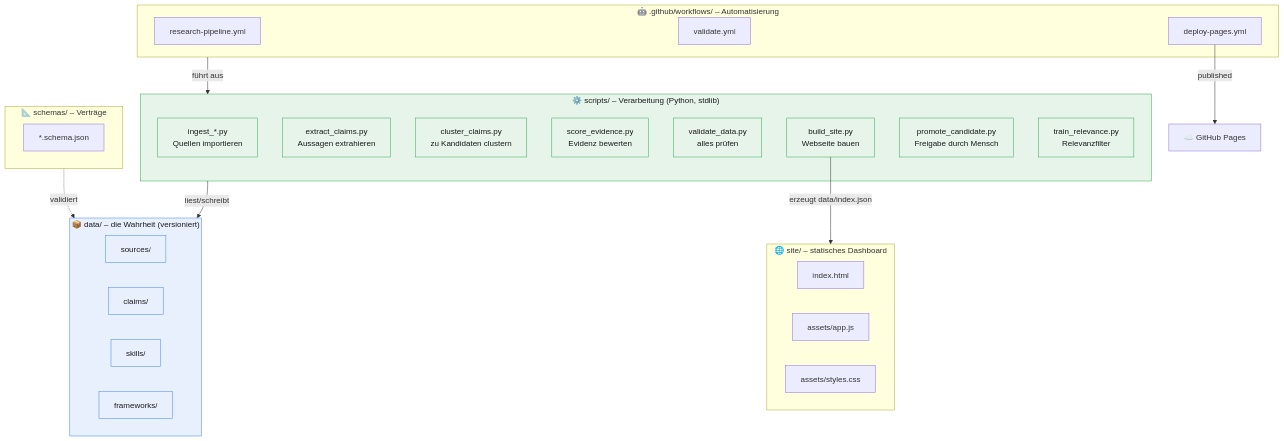
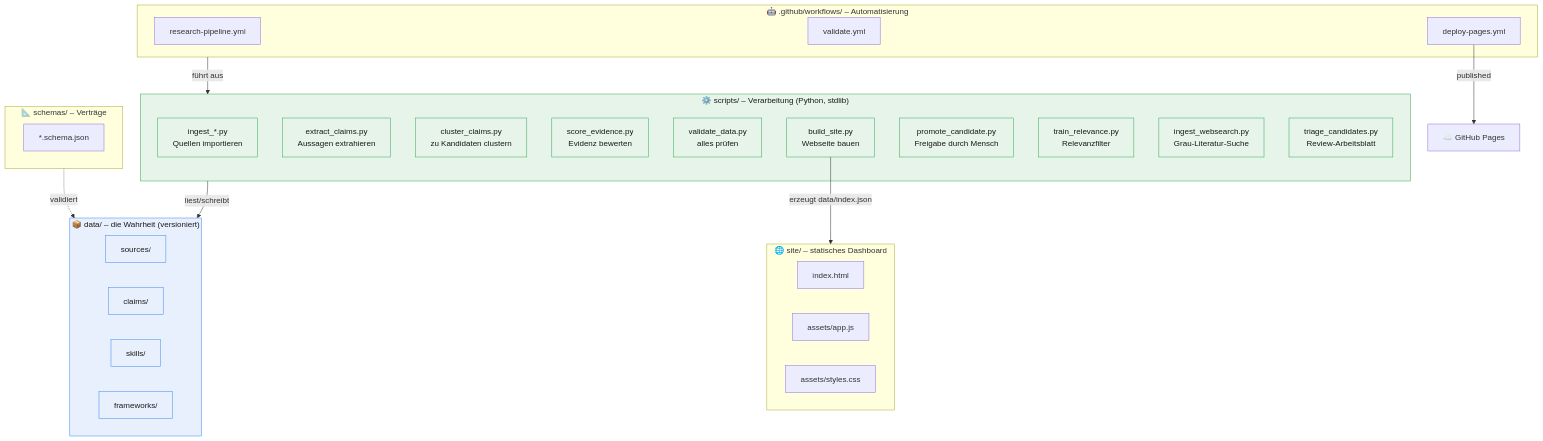
The second of 7 diagrams in docs/architektur.md (malkreide/future-skills-evidence-graph), drawn with Mermaid before and after one commit. The commit also changed other lines of this file and 1 other file, not shown here.

First line of the commit message:
docs: Architektur-Seite auf Web-Suche + Triage nachziehen

````diff
--- a/docs/architektur.md
+++ b/docs/architektur.md
@@ -68,47 +68,49 @@
 ```mermaid
 graph TB
     subgraph DATA["📦 data/ – die Wahrheit (versioniert)"]
         D1[sources/]
         D2[claims/]
         D3[skills/]
         D4[frameworks/]
     end
 
     subgraph SCHEMA["📐 schemas/ – Verträge"]
         S1[*.schema.json]
     end
 
     subgraph SCRIPTS["⚙️ scripts/ – Verarbeitung (Python, stdlib)"]
         P1["ingest_*.py<br/>Quellen importieren"]
         P2["extract_claims.py<br/>Aussagen extrahieren"]
         P3["cluster_claims.py<br/>zu Kandidaten clustern"]
         P4["score_evidence.py<br/>Evidenz bewerten"]
         P5["validate_data.py<br/>alles prüfen"]
         P6["build_site.py<br/>Webseite bauen"]
         P7["promote_candidate.py<br/>Freigabe durch Mensch"]
         P8["train_relevance.py<br/>Relevanzfilter"]
+        P9["ingest_websearch.py<br/>Grau-Literatur-Suche"]
+        P10["triage_candidates.py<br/>Review-Arbeitsblatt"]
     end
 
     subgraph SITE["🌐 site/ – statisches Dashboard"]
         W1[index.html]
         W2[assets/app.js]
         W3[assets/styles.css]
     end
 
     subgraph CI["🤖 .github/workflows/ – Automatisierung"]
         C1[research-pipeline.yml]
         C2[validate.yml]
         C3[deploy-pages.yml]
     end
 
     SCHEMA -. validiert .-> DATA
     SCRIPTS -->|liest/schreibt| DATA
     P6 -->|"erzeugt data/index.json"| SITE
     CI -->|"führt aus"| SCRIPTS
     C3 -->|"published"| PAGES["☁️ GitHub Pages"]
 
     classDef data fill:#e8f0fe,stroke:#4285f4,color:#1a1a1a;
     classDef proc fill:#e6f4ea,stroke:#34a853,color:#1a1a1a;
     class DATA,D1,D2,D3,D4 data;
-    class SCRIPTS,P1,P2,P3,P4,P5,P6,P7,P8 proc;
+    class SCRIPTS,P1,P2,P3,P4,P5,P6,P7,P8,P9,P10 proc;
 ```
````
